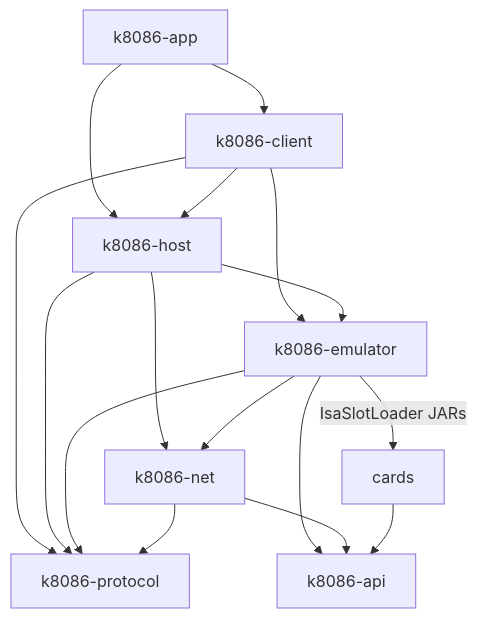
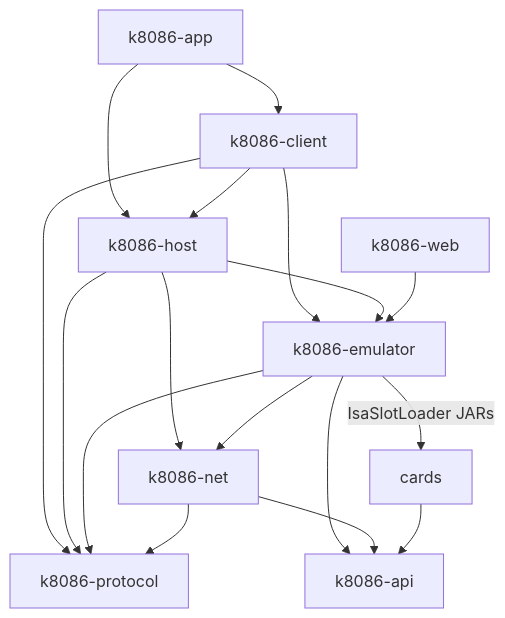
The first of 2 diagrams in docs/architecture.md (Trugath/k8086), drawn with Mermaid before and after one commit. The commit also changed other lines of this file and 226 other files, not shown here.

````diff
--- a/docs/architecture.md
+++ b/docs/architecture.md
@@ -9,27 +9,29 @@
 ```mermaid
 flowchart TB
   app[k8086-app]
   client[k8086-client]
   host[k8086-host]
   net[k8086-net]
   protocol[k8086-protocol]
   emulator[k8086-emulator]
   api[k8086-api]
+  web[k8086-web]
   cards[cards]
 
   app --> client
   app --> host
   client --> protocol
   client --> host
   client --> emulator
   host --> protocol
   host --> emulator
   host --> net
   emulator --> api
   emulator --> net
   emulator --> protocol
   net --> api
   net --> protocol
   cards --> api
   emulator -->|"IsaSlotLoader JARs"| cards
+  web --> emulator
 ```
````
